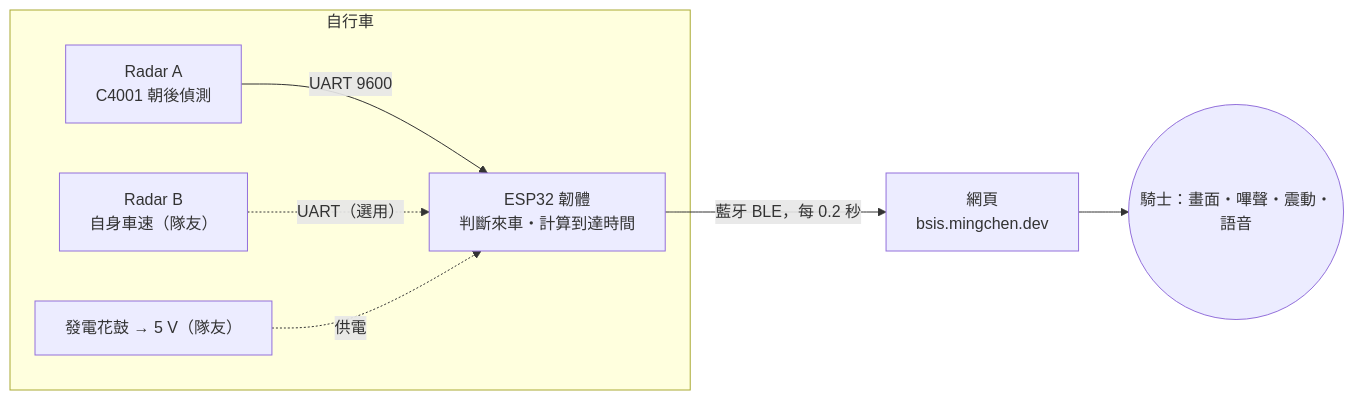
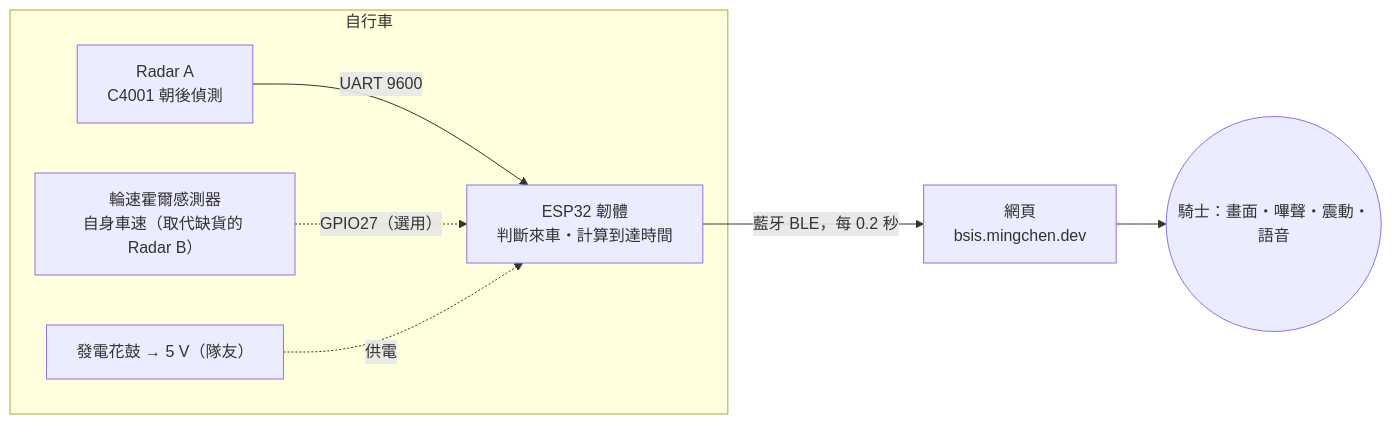
One commit to Ming874/bsis-radar changed the diagram in README.md. Above: the diagram before and after it, drawn with Mermaid. The commit also changed other lines of this file and 36 other files, not shown here.

First line of the commit message:
韌體 v2.4.0／網頁 v1.6.0：用輪速霍爾感測器量自身車速（取代缺貨的 Radar B）

````diff
--- a/README.md
+++ b/README.md
@@ -37,10 +37,10 @@
 ```mermaid
 flowchart LR
   subgraph 自行車
     A["Radar A<br/>C4001 朝後偵測"] -- "UART 9600" --> E["ESP32 韌體<br/>判斷來車・計算到達時間"]
-    B["Radar B<br/>自身車速（隊友）"] -. "UART（選用）" .-> E
+    B["輪速霍爾感測器<br/>自身車速（取代缺貨的 Radar B）"] -. "GPIO27（選用）" .-> E
     P["發電花鼓 → 5 V（隊友）"] -. 供電 .-> E
   end
   E -- "藍牙 BLE，每 0.2 秒" --> W["網頁<br/>bsis.mingchen.dev"]
   W --> R(("騎士：畫面・嗶聲・震動・語音"))
 ```
````
